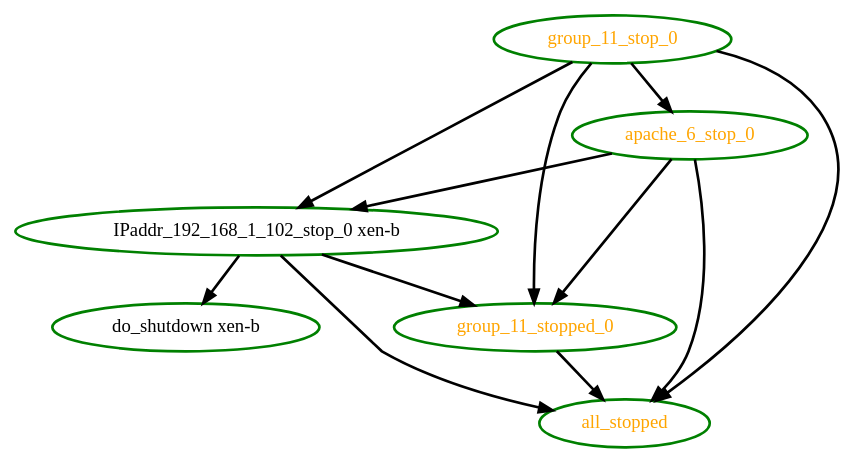
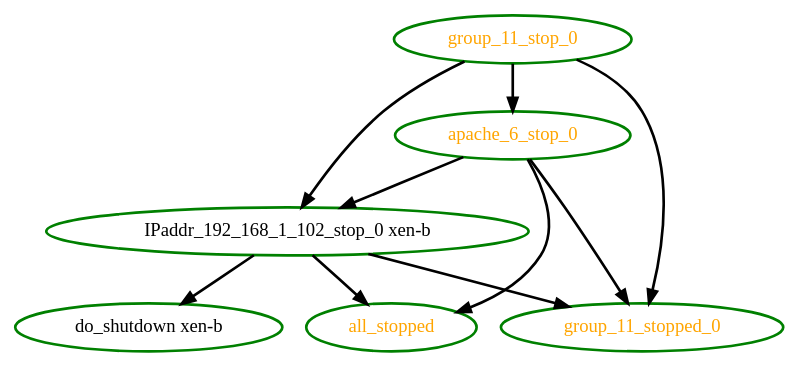
One commit to richiewen8/heartbeat changed the diagram in crm/pengine/testcases/bug-1573.dot. Above: the diagram before and after it, drawn with Graphviz. The commit also changed 82 other files, not shown here.

Commit message:
High: PE: all_stopped should only depend on native resources to avoid recursion

```diff
--- a/crm/pengine/testcases/bug-1573.dot
+++ b/crm/pengine/testcases/bug-1573.dot
@@ -1,19 +1,17 @@
 digraph "g" {
 "IPaddr_192_168_1_102_stop_0 xen-b" -> "all_stopped" [ style = bold]
 "IPaddr_192_168_1_102_stop_0 xen-b" -> "do_shutdown xen-b" [ style = bold]
 "IPaddr_192_168_1_102_stop_0 xen-b" -> "group_11_stopped_0" [ style = bold]
 "IPaddr_192_168_1_102_stop_0 xen-b" [ style=bold color="green" fontcolor="black"  ]
 "all_stopped" [ style=bold color="green" fontcolor="orange"  ]
 "apache_6_stop_0" -> "IPaddr_192_168_1_102_stop_0 xen-b" [ style = bold]
 "apache_6_stop_0" -> "all_stopped" [ style = bold]
 "apache_6_stop_0" -> "group_11_stopped_0" [ style = bold]
 "apache_6_stop_0" [ style=bold color="green" fontcolor="orange"  ]
 "do_shutdown xen-b" [ style=bold color="green" fontcolor="black"  ]
 "group_11_stop_0" -> "IPaddr_192_168_1_102_stop_0 xen-b" [ style = bold]
-"group_11_stop_0" -> "all_stopped" [ style = bold]
 "group_11_stop_0" -> "apache_6_stop_0" [ style = bold]
 "group_11_stop_0" -> "group_11_stopped_0" [ style = bold]
 "group_11_stop_0" [ style=bold color="green" fontcolor="orange"  ]
-"group_11_stopped_0" -> "all_stopped" [ style = bold]
 "group_11_stopped_0" [ style=bold color="green" fontcolor="orange"  ]
 }
```
